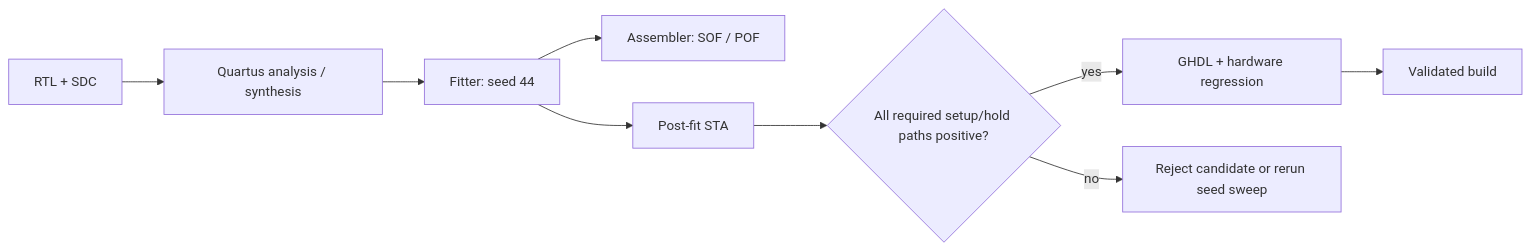
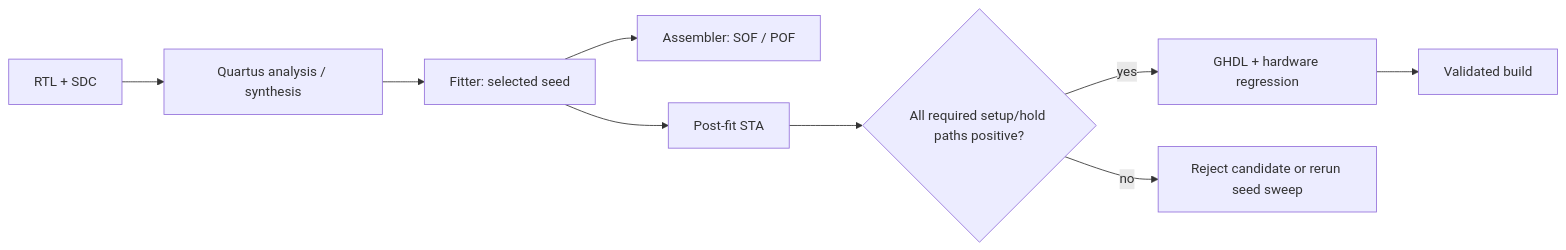
The diagram in docs/wiki/hdl/build-flow.md (frsr0/MAX1000-Logic-Analyzer), drawn with Mermaid before and after one commit. The commit also changed 4 other files, not shown here.

````diff
--- a/docs/wiki/hdl/build-flow.md
+++ b/docs/wiki/hdl/build-flow.md
@@ -108,11 +108,11 @@
 ```mermaid
 flowchart LR
     RTL["RTL + SDC"] --> SYN["Quartus analysis / synthesis"]
-    SYN --> FIT["Fitter: seed 44"]
+    SYN --> FIT["Fitter: selected seed"]
     FIT --> ASM["Assembler: SOF / POF"]
     FIT --> STA["Post-fit STA"]
     STA --> GATE{"All required setup/hold paths positive?"}
     GATE -->|"yes"| TEST["GHDL + hardware regression"]
     GATE -->|"no"| CHANGE["Reject candidate or rerun seed sweep"]
     TEST --> SIGNOFF["Validated build"]
 ```
````
